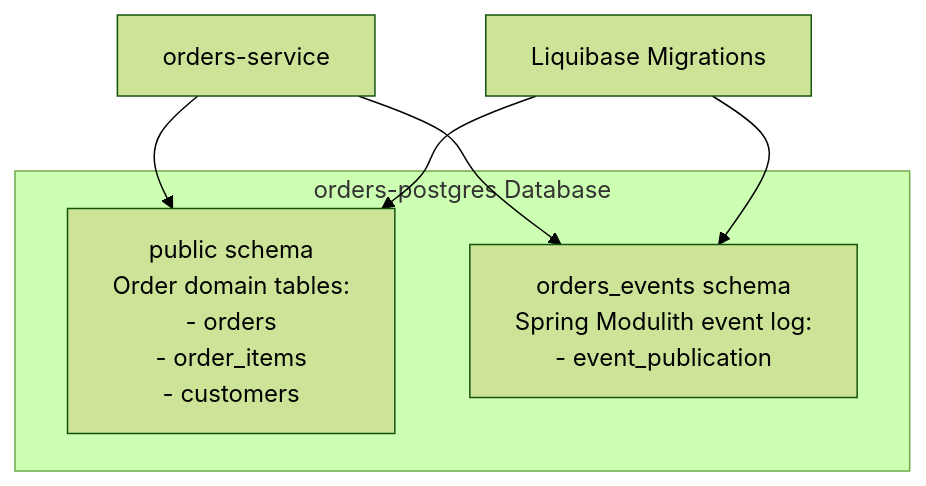
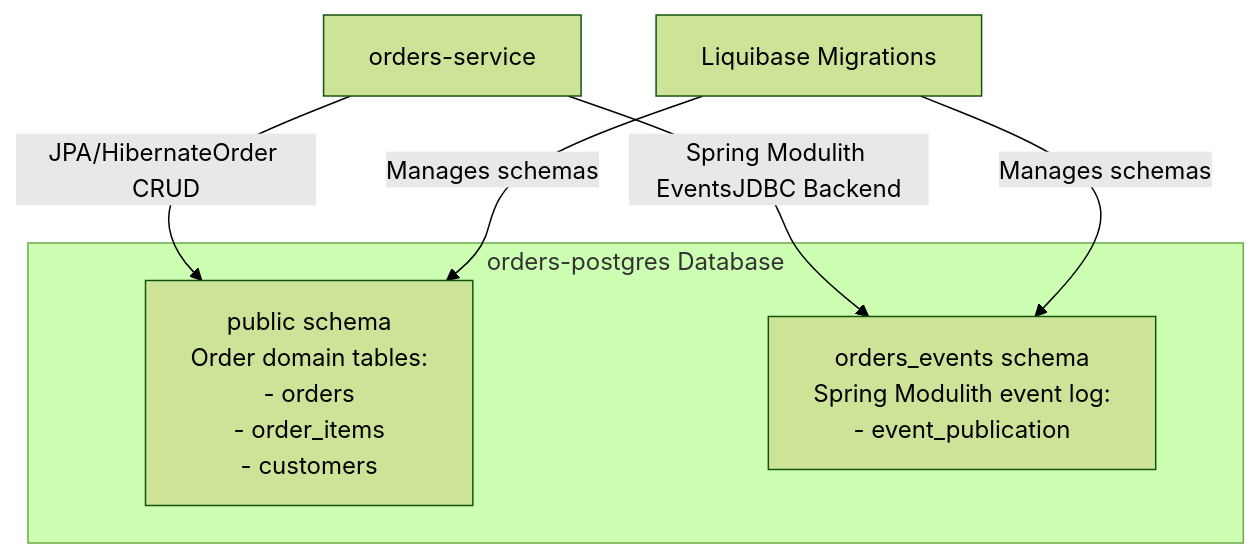
Before and after one commit to philipz/spring-modular-monolith: the third of 10 diagrams in docs/deepwiki/Orders-Service-Architecture.md, drawn with Mermaid (forest theme). The commit also changed other lines of this file and 55 other files, not shown here.

````diff
--- a/docs/deepwiki/Orders-Service-Architecture.md
+++ b/docs/deepwiki/Orders-Service-Architecture.md
@@ -177,18 +177,18 @@
 ```mermaid
 flowchart TD
 
 PublicSchema["public schema<br>Order domain tables:<br>- orders<br>- order_items<br>- customers"]
 EventsSchema["orders_events schema<br>Spring Modulith event log:<br>- event_publication"]
 OrdersService["orders-service"]
 Liquibase["Liquibase Migrations"]
 
-OrdersService --> PublicSchema
-OrdersService --> EventsSchema
-Liquibase --> PublicSchema
-Liquibase --> EventsSchema
+OrdersService -->|"JPA/HibernateOrder CRUD"| PublicSchema
+OrdersService -->|"Spring Modulith EventsJDBC Backend"| EventsSchema
+Liquibase -->|"Manages schemas"| PublicSchema
+Liquibase -->|"Manages schemas"| EventsSchema
 
 subgraph subGraph0 ["orders-postgres Database"]
     PublicSchema
     EventsSchema
 end
 ```
````
